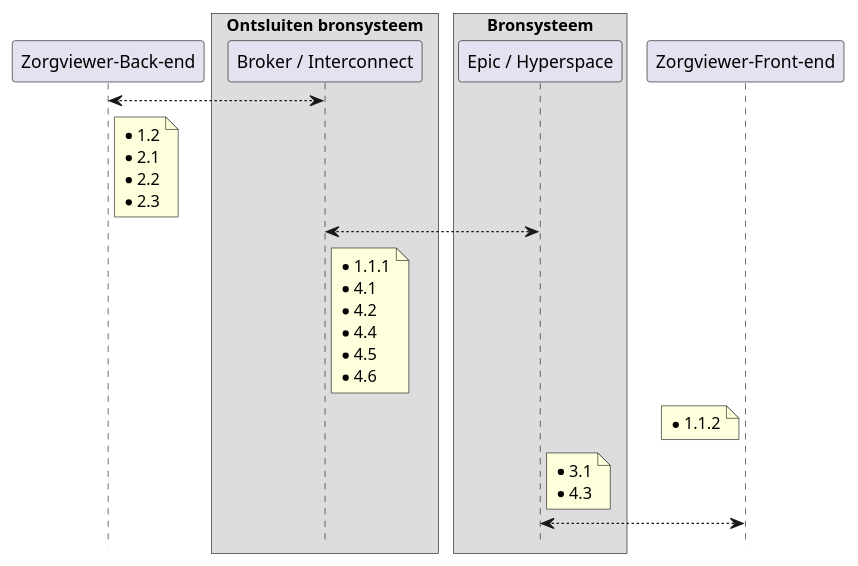
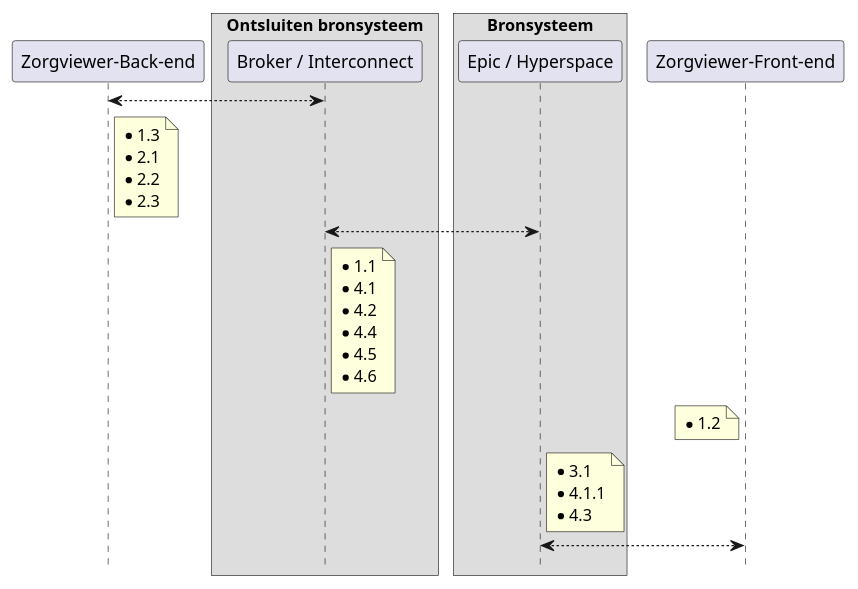
One commit to RIVO-Noord/zorgviewer-ig changed the diagram in input/images-source/Checklist-Epic.plantuml. Above: the diagram before and after it, drawn with PlantUML. The commit also changed 1 other file, not shown here.

```diff
--- a/input/images-source/Checklist-Epic.plantuml
+++ b/input/images-source/Checklist-Epic.plantuml
@@ -1,39 +1,40 @@
 @startuml
 !pragma teoz true
 hide footbox
 
 participant "Zorgviewer-Back-end" as zvbe
 box "Ontsluiten bronsysteem"
 participant "Broker / Interconnect" as broker
 end box
 box "Bronsysteem"
 participant "Epic / Hyperspace" as epic
 end box
 participant "Zorgviewer-Front-end" as zvfe
 
 zvbe <--> broker
 note right zvbe
-* 1.2
+* 1.3
 * 2.1
 * 2.2
 * 2.3
 end note
 broker <--> epic
 note right broker
-* 1.1.1
+* 1.1
 * 4.1
 * 4.2
 * 4.4
 * 4.5
 * 4.6
 end note
 note left zvfe
-* 1.1.2
+* 1.2
 end note
 note right epic
 * 3.1
+* 4.1.1
 * 4.3
 end note
 epic <--> zvfe
 
 @enduml
```
